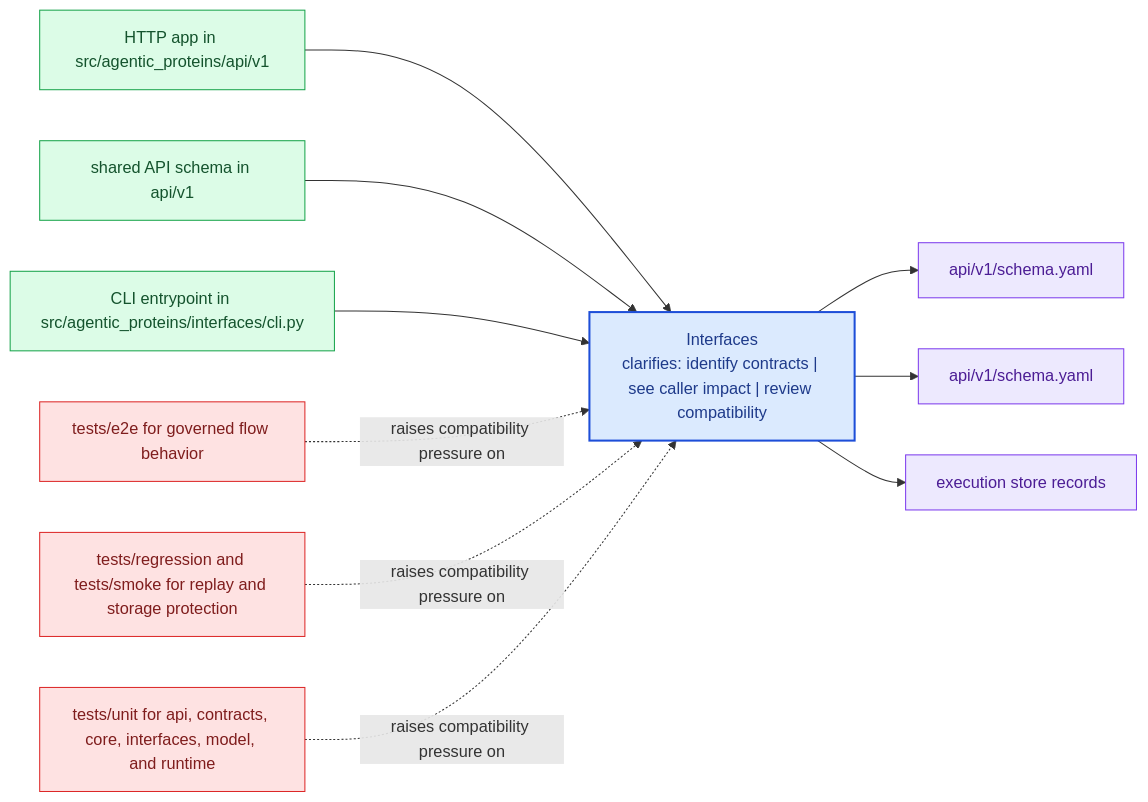
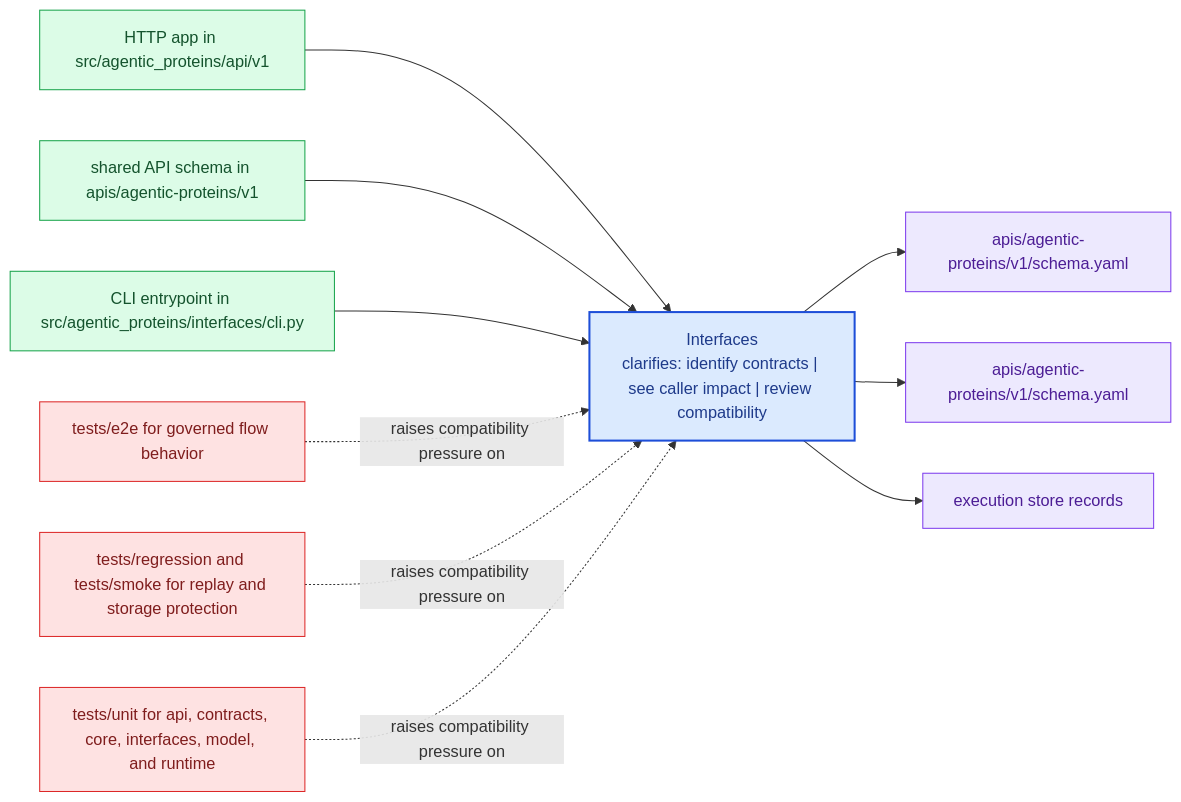
The diagram in docs/agentic-proteins/interfaces/index.md (bijux/bijux-proteomics), drawn with Mermaid before and after one commit. The commit also changed other lines of this file and 15 other files, not shown here.

Commit message:
docs(api): migrate schema references to apis contract tree

````diff
--- a/docs/agentic-proteins/interfaces/index.md
+++ b/docs/agentic-proteins/interfaces/index.md
@@ -20,31 +20,31 @@
 ```mermaid
 flowchart LR
     page["Interfaces<br/>clarifies: identify contracts | see caller impact | review compatibility"]
     classDef page fill:#dbeafe,stroke:#1d4ed8,color:#1e3a8a,stroke-width:2px;
     classDef positive fill:#dcfce7,stroke:#16a34a,color:#14532d;
     classDef caution fill:#fee2e2,stroke:#dc2626,color:#7f1d1d;
     classDef anchor fill:#ede9fe,stroke:#7c3aed,color:#4c1d95;
     classDef action fill:#fef3c7,stroke:#d97706,color:#7c2d12;
     surface1["HTTP app in src/agentic_proteins/api/v1"]
     surface1 --> page
-    surface2["shared API schema in api/v1"]
+    surface2["shared API schema in apis/agentic-proteins/v1"]
     surface2 --> page
     surface3["CLI entrypoint in src/agentic_proteins/interfaces/cli.py"]
     surface3 --> page
-    proof1["api/v1/schema.yaml"]
+    proof1["apis/agentic-proteins/v1/schema.yaml"]
     page --> proof1
-    proof2["api/v1/schema.yaml"]
+    proof2["apis/agentic-proteins/v1/schema.yaml"]
     page --> proof2
     proof3["execution store records"]
     page --> proof3
     review1["tests/e2e for governed flow behavior"]
     review1 -.raises compatibility pressure on.-> page
     review2["tests/regression and tests/smoke for replay and storage protection"]
     review2 -.raises compatibility pressure on.-> page
     review3["tests/unit for api, contracts, core, interfaces, model, and runtime"]
     review3 -.raises compatibility pressure on.-> page
     class page page;
     class surface1,surface2,surface3 positive;
     class proof1,proof2,proof3 anchor;
     class review1,review2,review3 caution;
 ```
````
